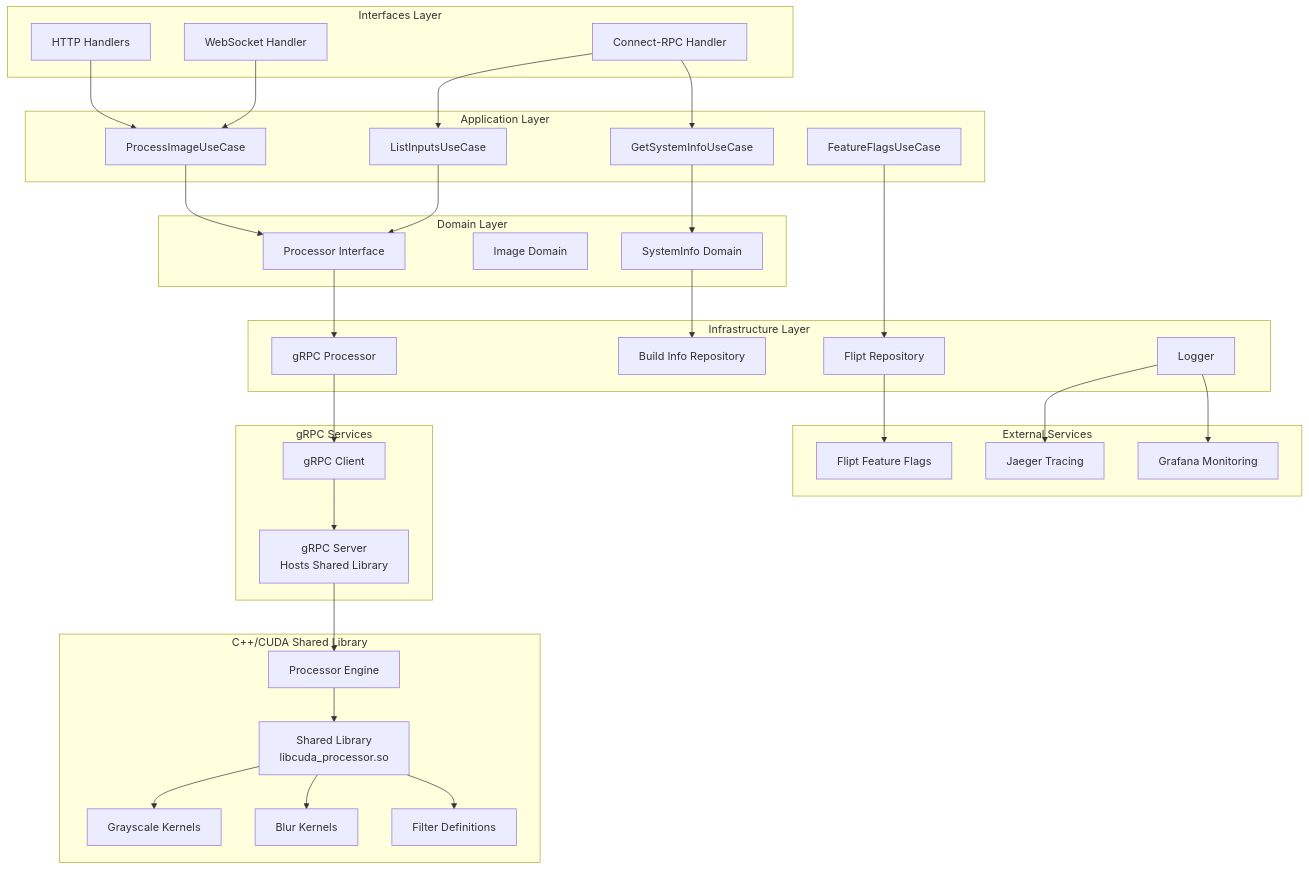
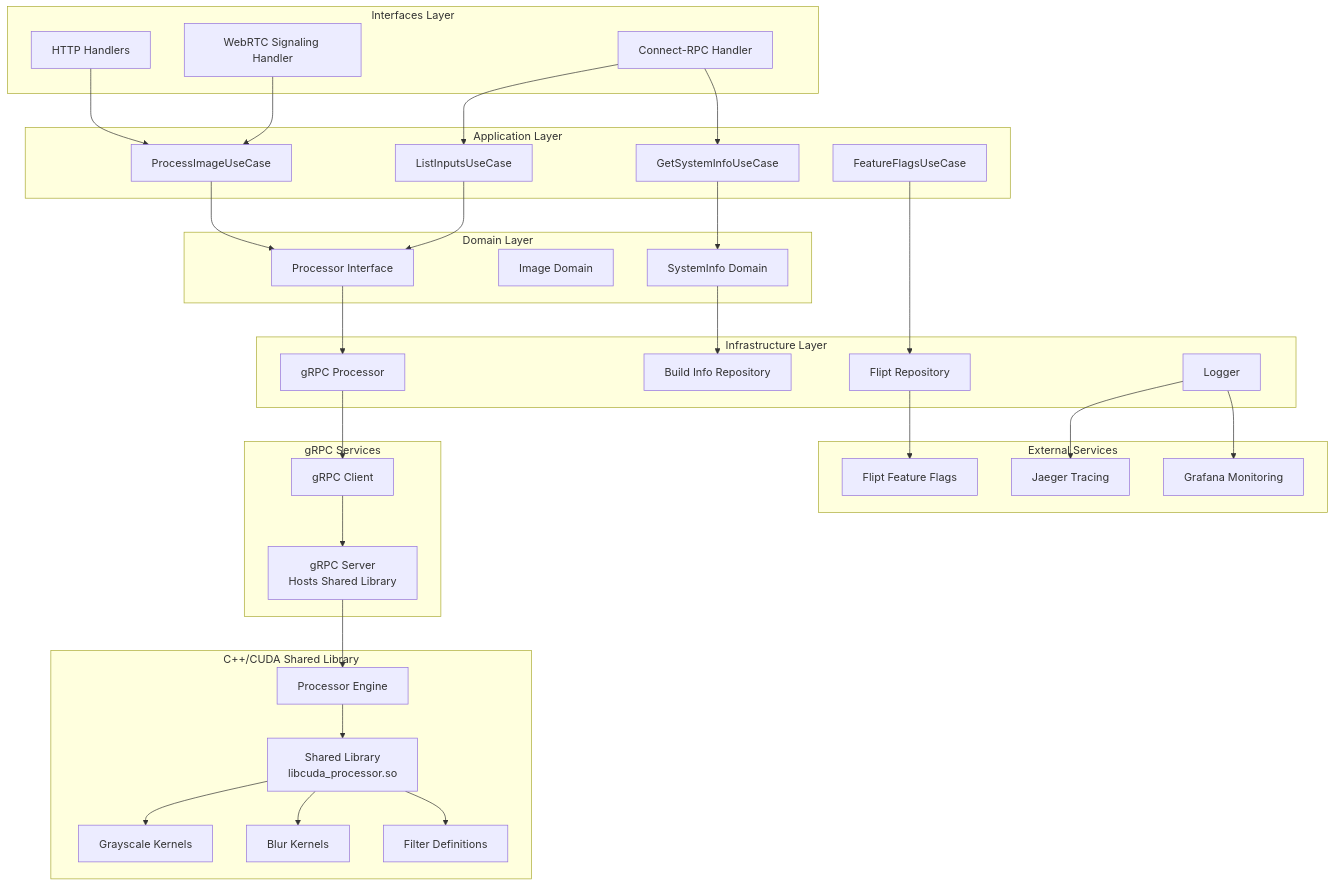
One commit to josnelihurt/learning-cuda changed the second of 2 diagrams in README.md. Above: the diagram before and after it, drawn with Mermaid. The commit also changed other lines of this file and 91 other files, not shown here.

First line of the commit message:
feat(webrtc): implement WebRTC signaling and remove WebSocket references

````diff
--- a/README.md
+++ b/README.md
@@ -100,72 +100,72 @@
 ```mermaid
 graph TB
     subgraph "Interfaces Layer"
         HTTP[HTTP Handlers]
-        WS_Handler[WebSocket Handler]
+        WebRTC_Handler[WebRTC Signaling Handler]
         ConnectRPC_Handler[Connect-RPC Handler]
     end
     
     subgraph "Application Layer"
         ProcessImage[ProcessImageUseCase]
         ListInputs[ListInputsUseCase]
         GetSystemInfo[GetSystemInfoUseCase]
         FeatureFlags[FeatureFlagsUseCase]
     end
     
     subgraph "Domain Layer"
         Processor[Processor Interface]
         Image[Image Domain]
         SystemInfo[SystemInfo Domain]
     end
     
     subgraph "Infrastructure Layer"
         GRPCProcessor[gRPC Processor]
         BuildInfo[Build Info Repository]
         FliptRepo[Flipt Repository]
         Logger[Logger]
     end
     
     subgraph "C++/CUDA Shared Library"
         SharedLibrary[Shared Library<br/>libcuda_processor.so]
         ProcessorEngine[Processor Engine]
         GrayscaleKernel[Grayscale Kernels]
         BlurKernel[Blur Kernels]
         FilterDefs[Filter Definitions]
     end
     
     subgraph "gRPC Services"
         GRPCServerService[gRPC Server<br/>Hosts Shared Library]
         GRPCClientService[gRPC Client]
     end
     
     subgraph "External Services"
         Flipt[Flipt Feature Flags]
         Jaeger[Jaeger Tracing]
         Grafana[Grafana Monitoring]
     end
     
     HTTP --> ProcessImage
-    WS_Handler --> ProcessImage
+    WebRTC_Handler --> ProcessImage
     ConnectRPC_Handler --> ListInputs
     ConnectRPC_Handler --> GetSystemInfo
     
     ProcessImage --> Processor
     ListInputs --> Processor
     GetSystemInfo --> SystemInfo
     
     Processor --> GRPCProcessor
     SystemInfo --> BuildInfo
     FeatureFlags --> FliptRepo
     
     GRPCProcessor --> GRPCClientService
     GRPCClientService --> GRPCServerService
     GRPCServerService --> ProcessorEngine
     ProcessorEngine --> SharedLibrary
     SharedLibrary --> GrayscaleKernel
     SharedLibrary --> BlurKernel
     SharedLibrary --> FilterDefs
     
     FliptRepo --> Flipt
     Logger --> Jaeger
     Logger --> Grafana
 ```
````
